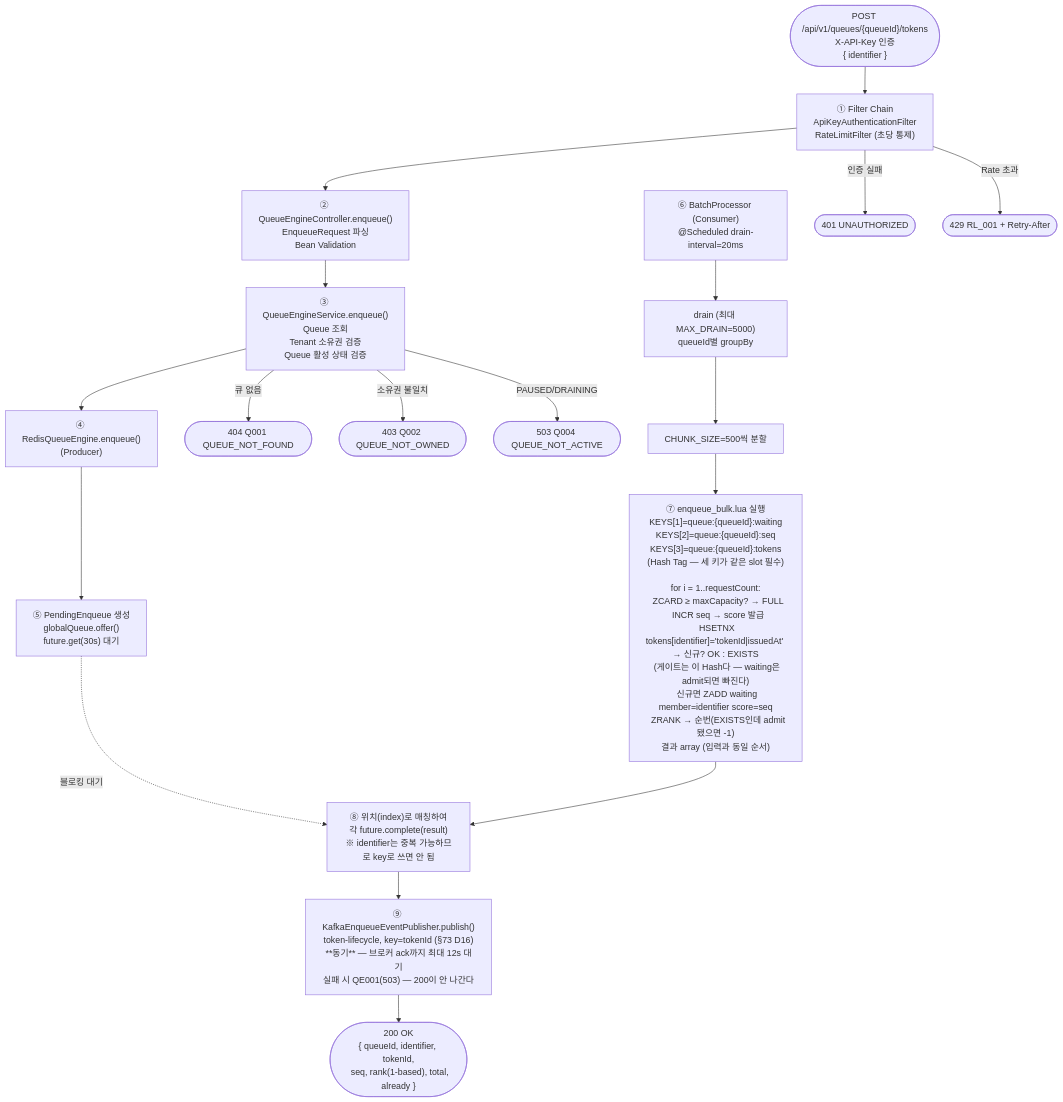
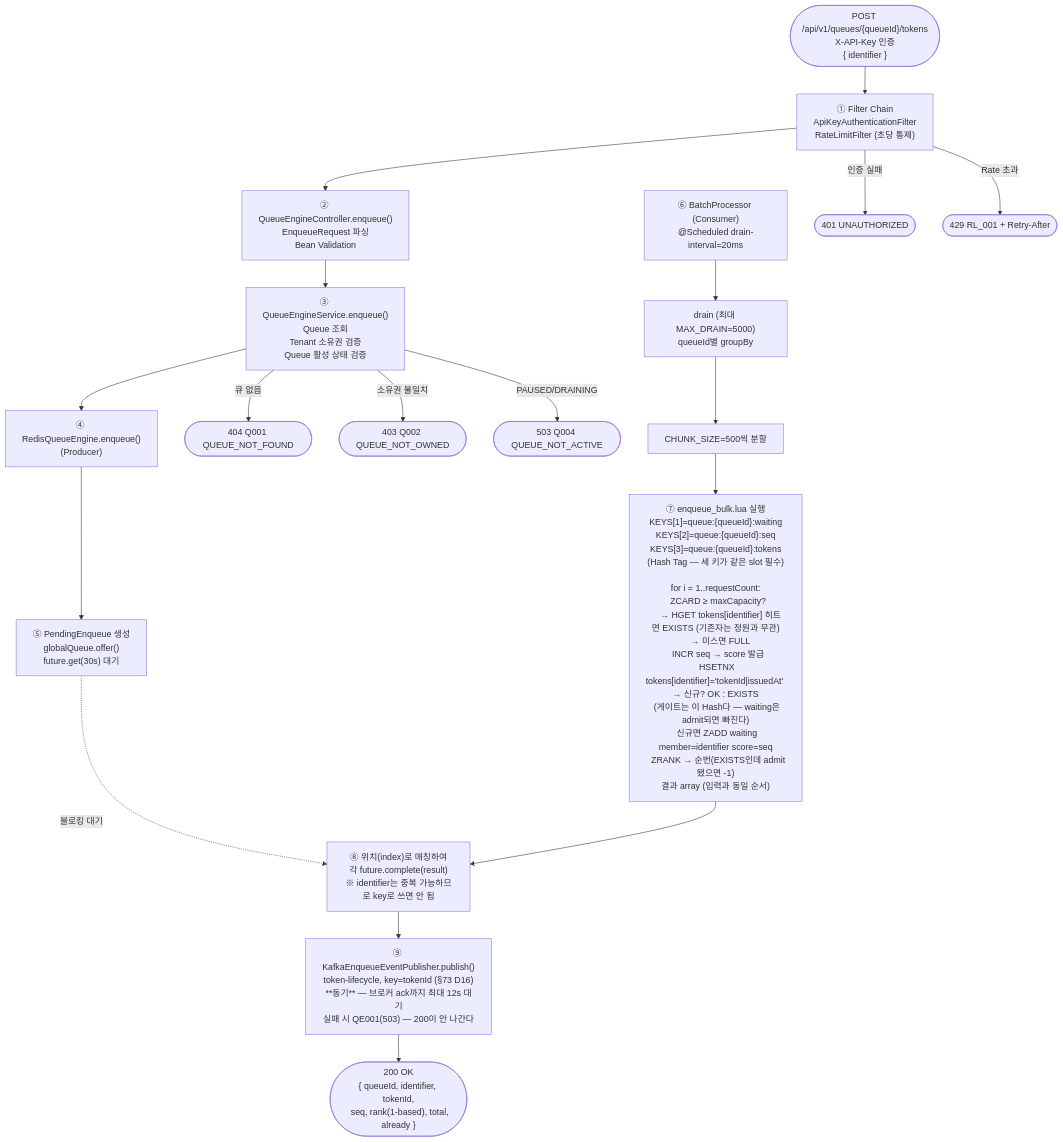
Before and after one commit to S-Onix/queue-platform: the first of 11 diagrams in doc/FLOW.md, drawn with Mermaid. The commit also changed 3 other files, not shown here.

````diff
--- a/doc/FLOW.md
+++ b/doc/FLOW.md
@@ -19,27 +19,27 @@
 ```mermaid
 flowchart TD
     START(["POST /api/v1/queues/{queueId}/tokens\nX-API-Key 인증\n{ identifier }"])
     --> FILTER["① Filter Chain\nApiKeyAuthenticationFilter\nRateLimitFilter (초당 통제)"]
     --> CTRL["② QueueEngineController.enqueue()\nEnqueueRequest 파싱\nBean Validation"]
     --> SERV["③ QueueEngineService.enqueue()\nQueue 조회\nTenant 소유권 검증\nQueue 활성 상태 검증"]
     --> ENG["④ RedisQueueEngine.enqueue()\n(Producer)"]
 
     ENG --> OFFER["⑤ PendingEnqueue 생성\nglobalQueue.offer()\nfuture.get(30s) 대기"]
 
     OFFER -.->|"블로킹 대기"| COMPLETE
 
     SCHED["⑥ BatchProcessor (Consumer)\n@Scheduled drain-interval=20ms"]
     --> DRAIN["drain (최대 MAX_DRAIN=5000)\nqueueId별 groupBy"]
     --> CHUNK["CHUNK_SIZE=500씩 분할"]
-    --> BULKLUA["⑦ enqueue_bulk.lua 실행\nKEYS[1]=queue:{queueId}:waiting\nKEYS[2]=queue:{queueId}:seq\nKEYS[3]=queue:{queueId}:tokens\n(Hash Tag — 세 키가 같은 slot 필수)\n\nfor i = 1..requestCount:\n  ZCARD ≥ maxCapacity? → FULL\n  INCR seq → score 발급\n  HSETNX tokens[identifier]='tokenId|issuedAt' → 신규? OK : EXISTS\n  (게이트는 이 Hash다 — waiting은 admit되면 빠진다)\n  신규면 ZADD waiting member=identifier score=seq\n  ZRANK → 순번(EXISTS인데 admit됐으면 -1)\n결과 array (입력과 동일 순서)"]
+    --> BULKLUA["⑦ enqueue_bulk.lua 실행\nKEYS[1]=queue:{queueId}:waiting\nKEYS[2]=queue:{queueId}:seq\nKEYS[3]=queue:{queueId}:tokens\n(Hash Tag — 세 키가 같은 slot 필수)\n\nfor i = 1..requestCount:\n  ZCARD ≥ maxCapacity?\n    → HGET tokens[identifier] 히트면 EXISTS (기존자는 정원과 무관)\n    → 미스면 FULL\n  INCR seq → score 발급\n  HSETNX tokens[identifier]='tokenId|issuedAt' → 신규? OK : EXISTS\n  (게이트는 이 Hash다 — waiting은 admit되면 빠진다)\n  신규면 ZADD waiting member=identifier score=seq\n  ZRANK → 순번(EXISTS인데 admit됐으면 -1)\n결과 array (입력과 동일 순서)"]
     --> COMPLETE["⑧ 위치(index)로 매칭하여\n각 future.complete(result)\n※ identifier는 중복 가능하므로 key로 쓰면 안 됨"]
 
     COMPLETE --> PUB["⑨ KafkaEnqueueEventPublisher.publish()\ntoken-lifecycle, key=tokenId (§73 D16)\n**동기** — 브로커 ack까지 최대 12s 대기\n실패 시 QE001(503) — 200이 안 나간다"]
     --> OK(["200 OK\n{ queueId, identifier, tokenId,\n  seq, rank(1-based), total, already }"])
 
     FILTER -->|"인증 실패"| E401(["401 UNAUTHORIZED"])
     FILTER -->|"Rate 초과"| E429(["429 RL_001 + Retry-After"])
     SERV -->|"큐 없음"| E404(["404 Q001 QUEUE_NOT_FOUND"])
     SERV -->|"소유권 불일치"| E403(["403 Q002 QUEUE_NOT_OWNED"])
     SERV -->|"PAUSED/DRAINING"| E503(["503 Q004 QUEUE_NOT_ACTIVE"])
 ```
````
